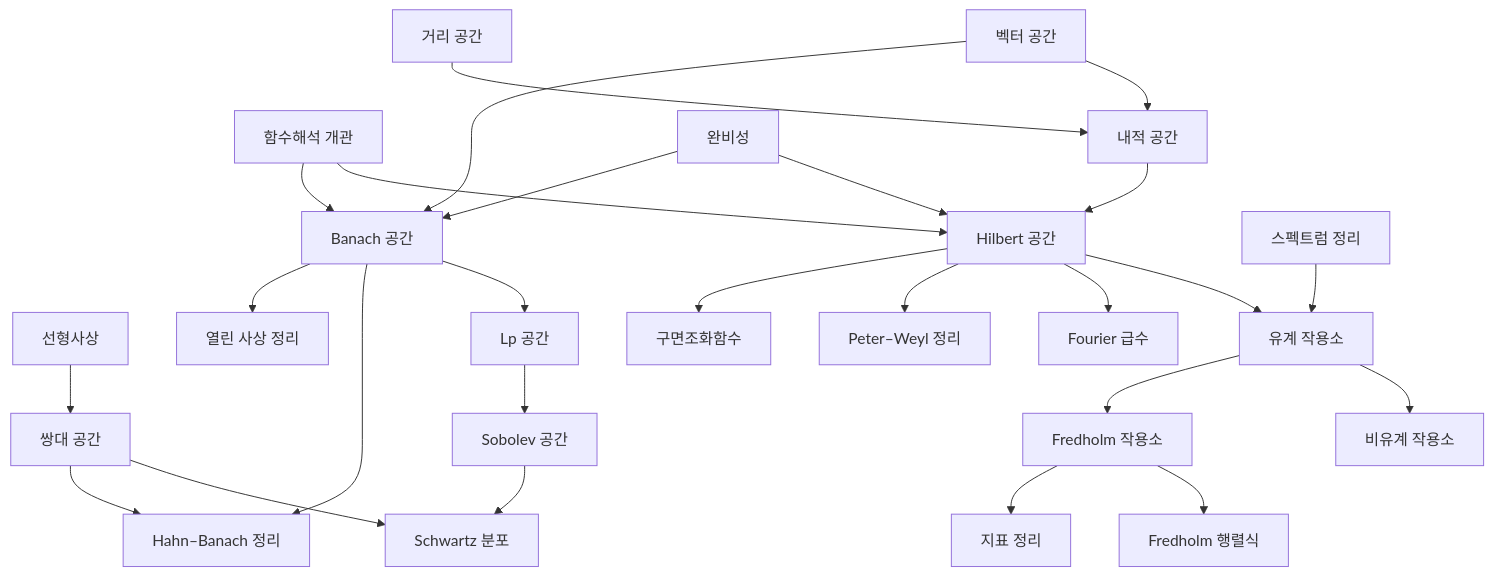
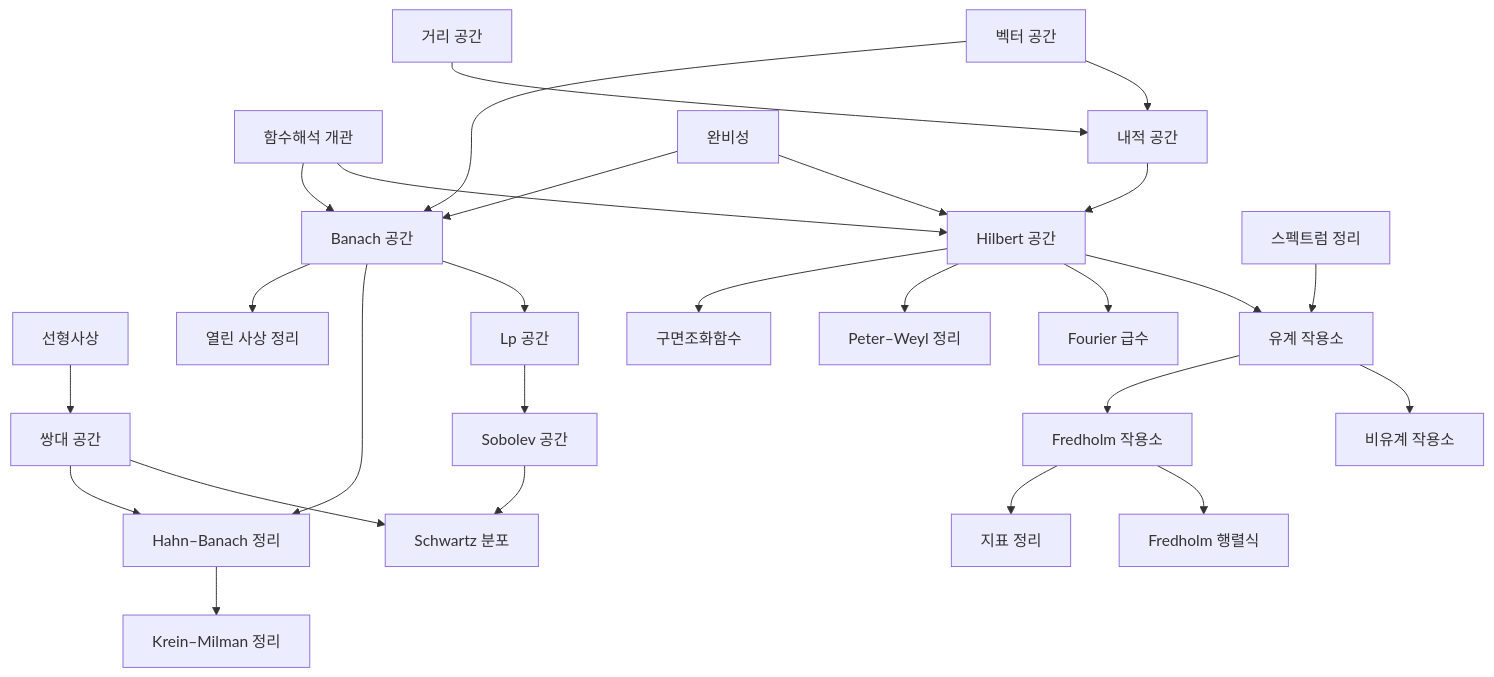
Before and after one commit to Phryxia/math-map: the diagram in docs/functional-analysis-overview.md, drawn with Mermaid. The commit also changed other lines of this file and 5 other files, not shown here.

First line of the commit message:
add krein-milman under convexity and hahn-banach-theorem

````diff
--- a/docs/functional-analysis-overview.md
+++ b/docs/functional-analysis-overview.md
@@ -15,26 +15,27 @@
 ```mermaid
 graph TD
   FAO["함수해석 개관"] --> HS["Hilbert 공간"]
   FAO --> BS["Banach 공간"]
   VS["벡터 공간"] --> IPS["내적 공간"]
   MS["거리 공간"] --> IPS
   COMP["완비성"] --> HS
   IPS --> HS
   COMP --> BS
   VS --> BS
   LM["선형사상"] --> DS["쌍대 공간"]
   BS --> LPS["Lp 공간"] --> SOB["Sobolev 공간"] --> SD["Schwartz 분포"]
   DS --> SD
   BS --> HB["Hahn–Banach 정리"]
   DS --> HB
+  HB --> KM["Krein–Milman 정리"]
   BS --> OMT["열린 사상 정리"]
   HS --> BO["유계 작용소"]
   ST["스펙트럼 정리"] --> BO
   BO --> UBO["비유계 작용소"]
   BO --> FO["Fredholm 작용소"]
   FO --> FD["Fredholm 행렬식"]
   FO --> IT["지표 정리"]
   HS --> FS["Fourier 급수"]
   HS --> PW["Peter–Weyl 정리"]
   HS --> SH["구면조화함수"]
 ```
````
